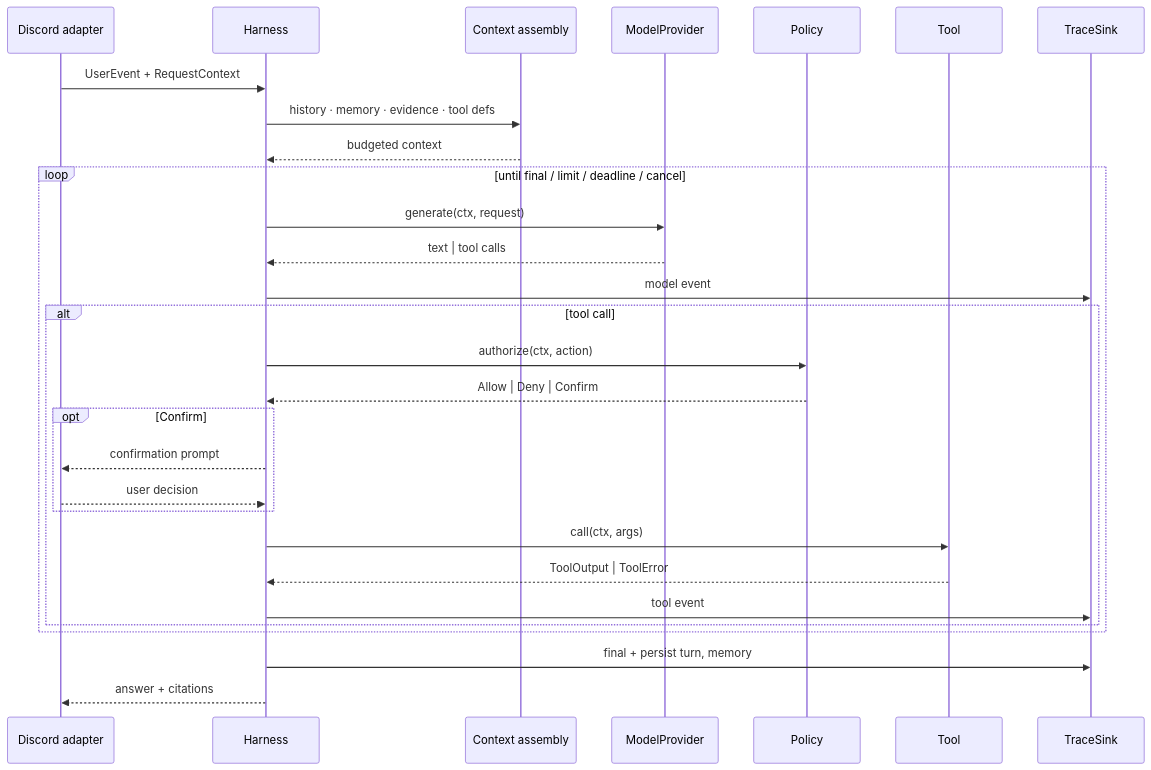
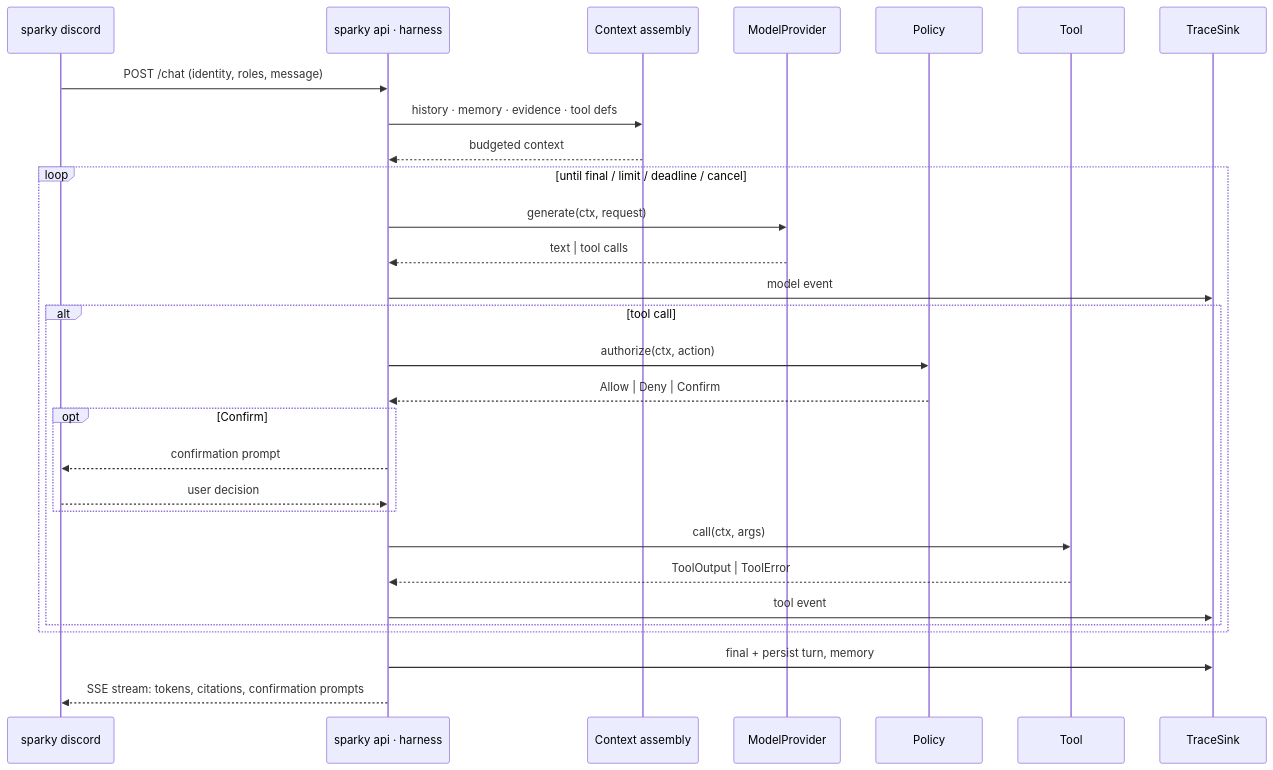
The third of 9 diagrams in docs/ARCHITECTURE.md (ashworks1706/SparkyAI), drawn with Mermaid before and after one commit. The commit also changed other lines of this file and 129 other files, not shown here.

````diff
--- a/docs/ARCHITECTURE.md
+++ b/docs/ARCHITECTURE.md
@@ -186,32 +196,32 @@
 ```mermaid
 sequenceDiagram
-    participant D as Discord adapter
-    participant H as Harness
+    participant D as sparky discord
+    participant H as sparky api · harness
     participant C as Context assembly
     participant M as ModelProvider
     participant P as Policy
     participant T as Tool
     participant X as TraceSink
 
-    D->>H: UserEvent + RequestContext
+    D->>H: POST /chat (identity, roles, message)
     H->>C: history · memory · evidence · tool defs
     C-->>H: budgeted context
     loop until final / limit / deadline / cancel
         H->>M: generate(ctx, request)
         M-->>H: text | tool calls
         H->>X: model event
         alt tool call
             H->>P: authorize(ctx, action)
             P-->>H: Allow | Deny | Confirm
             opt Confirm
                 H-->>D: confirmation prompt
                 D-->>H: user decision
             end
             H->>T: call(ctx, args)
             T-->>H: ToolOutput | ToolError
             H->>X: tool event
         end
     end
     H->>X: final + persist turn, memory
-    H-->>D: answer + citations
+    H-->>D: SSE stream: tokens, citations, confirmation prompts
 ```
````
